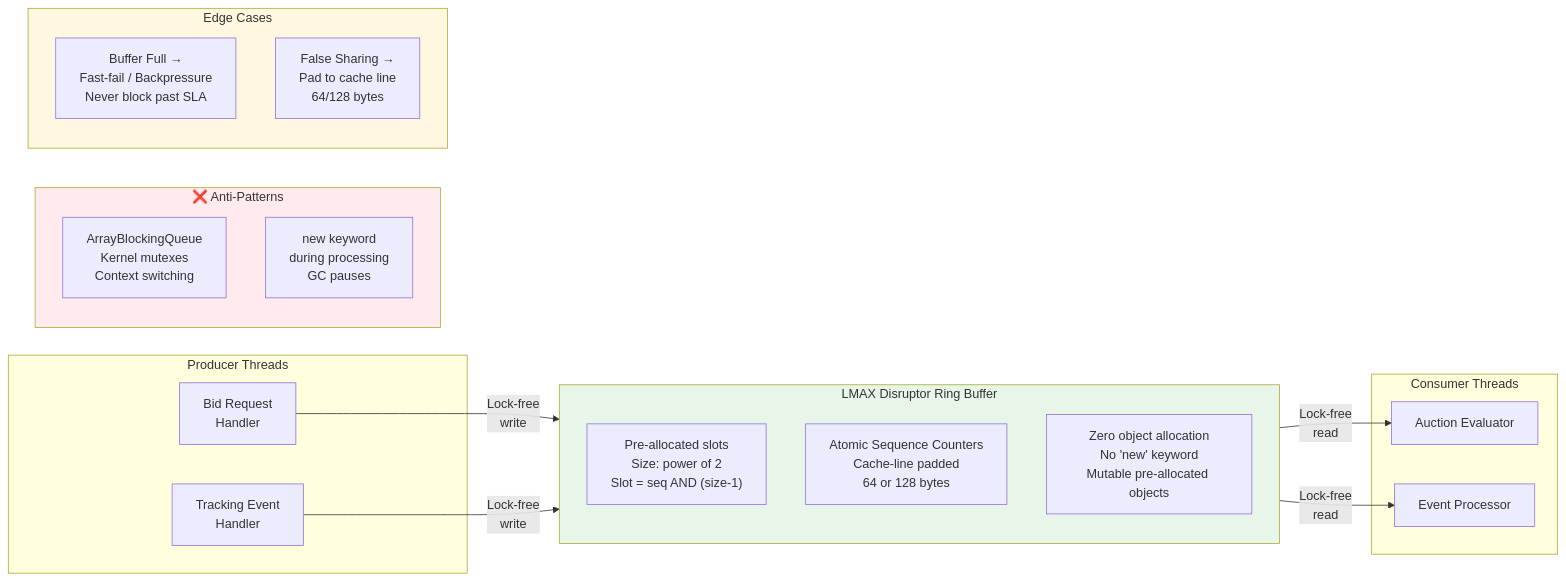
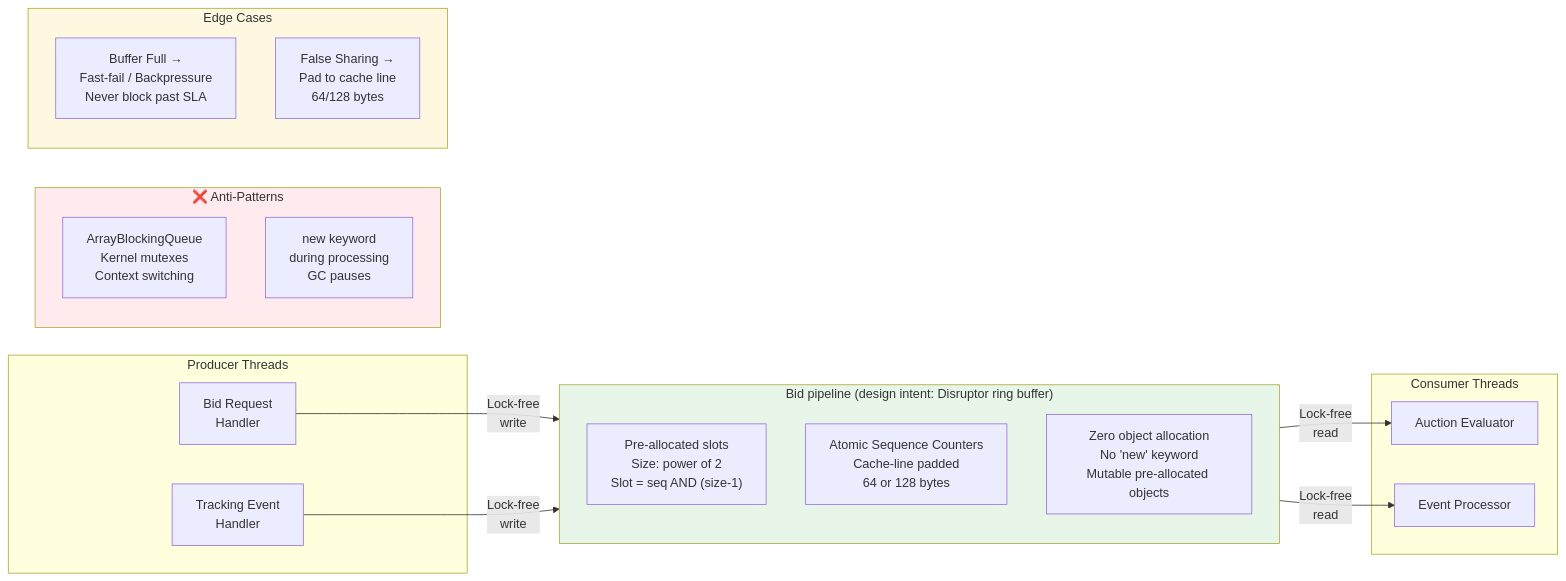
The second of 7 diagrams in README.md (parthu-reddy/BiddingEngine), drawn with Mermaid before and after one commit. The commit also changed other lines of this file and 26 other files, not shown here.

````diff
--- a/README.md
+++ b/README.md
@@ -69,38 +75,38 @@
 ```mermaid
 flowchart LR
     subgraph Producers["Producer Threads"]
         P1["Bid Request<br/>Handler"]
         P2["Tracking Event<br/>Handler"]
     end
 
-    subgraph Ring["LMAX Disruptor Ring Buffer"]
+    subgraph Ring["Bid pipeline (design intent: Disruptor ring buffer)"]
         direction TB
         Slot["Pre-allocated slots<br/>Size: power of 2<br/>Slot = seq AND (size-1)"]
         Seq["Atomic Sequence Counters<br/>Cache-line padded<br/>64 or 128 bytes"]
         NoGC["Zero object allocation<br/>No 'new' keyword<br/>Mutable pre-allocated objects"]
     end
 
     subgraph Consumers["Consumer Threads"]
         C1["Auction Evaluator"]
         C2["Event Processor"]
     end
 
     P1 -->|"Lock-free<br/>write"| Ring
     P2 -->|"Lock-free<br/>write"| Ring
     Ring -->|"Lock-free<br/>read"| C1
     Ring -->|"Lock-free<br/>read"| C2
 
     subgraph AntiPatterns["❌ Anti-Patterns"]
         ABQ["ArrayBlockingQueue<br/>Kernel mutexes<br/>Context switching"]
         NewKW["new keyword<br/>during processing<br/>GC pauses"]
     end
 
     subgraph EdgeCases["Edge Cases"]
         Full["Buffer Full →<br/>Fast-fail / Backpressure<br/>Never block past SLA"]
         FalseShare["False Sharing →<br/>Pad to cache line<br/>64/128 bytes"]
     end
 
     style Ring fill:#e8f5e9
     style AntiPatterns fill:#ffebee
     style EdgeCases fill:#fff8e1
 ```
````
